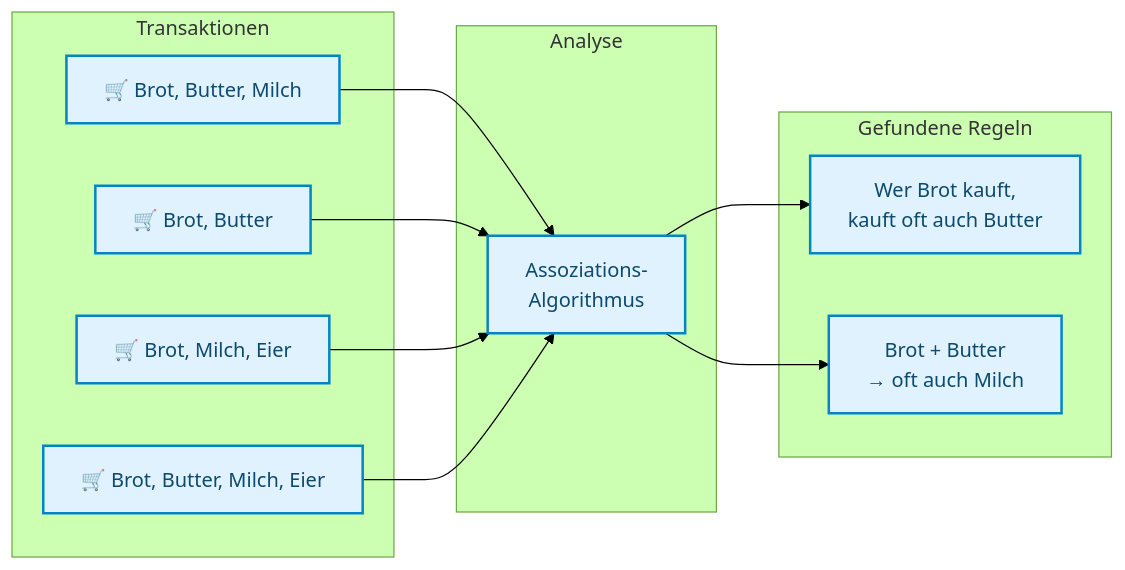
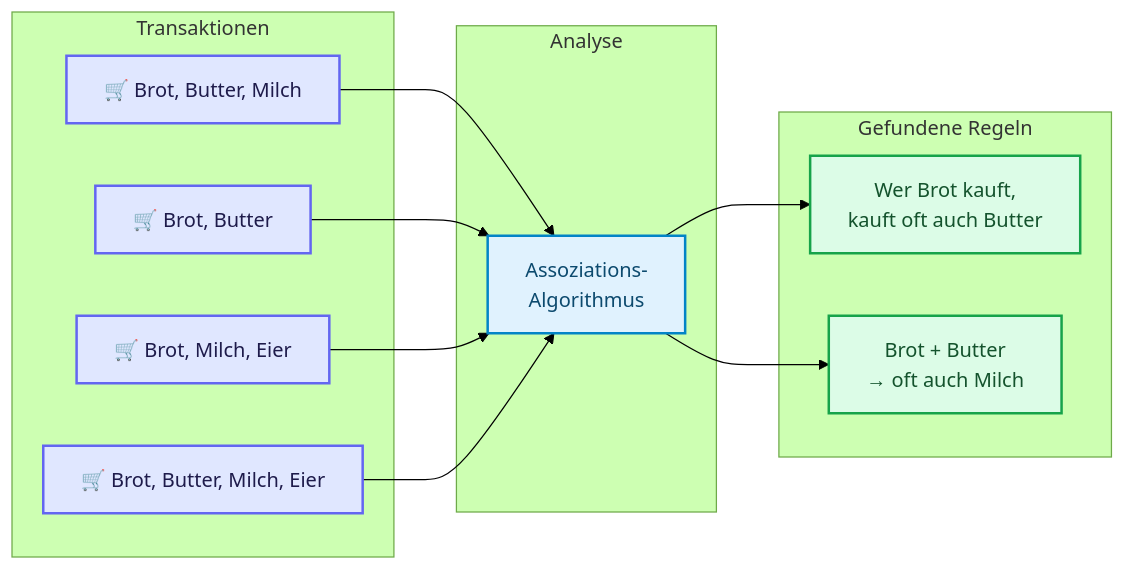
Before and after one commit to ralf-42/ML_Intro: diagram 12 of 14 in docs/concepts/grundlagen/machine_learning_grundlagen.md, drawn with Mermaid (forest theme). The commit also changed 49 other files, not shown here.

````diff
--- a/docs/concepts/grundlagen/machine_learning_grundlagen.md
+++ b/docs/concepts/grundlagen/machine_learning_grundlagen.md
@@ -455,27 +455,32 @@
 ```mermaid
 flowchart LR
     subgraph transactions["Transaktionen"]
         T1["🛒 Brot, Butter, Milch"]
         T2["🛒 Brot, Butter"]
         T3["🛒 Brot, Milch, Eier"]
         T4["🛒 Brot, Butter, Milch, Eier"]
     end
     
     subgraph analysis["Analyse"]
         ALG["Assoziations-<br/>Algorithmus"]
     end
     
     subgraph rules["Gefundene Regeln"]
         R1["Wer Brot kauft,<br/>kauft oft auch Butter"]
         R2["Brot + Butter<br/>→ oft auch Milch"]
     end
     
     T1 --> ALG
     T2 --> ALG
     T3 --> ALG
     T4 --> ALG
     ALG --> R1
     ALG --> R2
 
     classDef default fill:#e0f2fe,stroke:#0284c7,stroke-width:2px,color:#0c4a6e;
+    classDef input fill:#e0e7ff,stroke:#6366f1,stroke-width:2px,color:#1e1b4b;
+    classDef output fill:#dcfce7,stroke:#16a34a,stroke-width:2px,color:#14532d;
+
+    class T1,T2,T3,T4 input;
+    class R1,R2 output;
 ```
````
